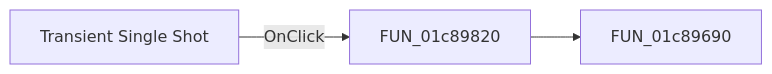
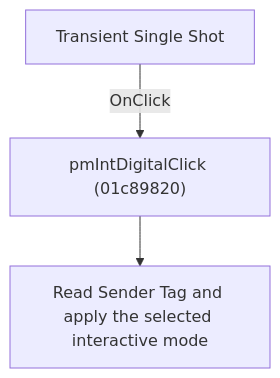
One commit to MovGP0/TIARA changed the diagram in docs/ui-controls/schematiceditor/mninttransientsingleshot-100144194c.md. Above: the diagram before and after it, drawn with Mermaid. The commit also changed other lines of this file and 1062 other files, not shown here.

````diff
--- a/docs/ui-controls/schematiceditor/mninttransientsingleshot-100144194c.md
+++ b/docs/ui-controls/schematiceditor/mninttransientsingleshot-100144194c.md
@@ -27,5 +27,5 @@
 ```mermaid
-flowchart LR
-    control["Transient Single Shot"] -->|OnClick| handler["FUN_01c89820"]
-    handler --> call1["FUN_01c89690"]
+flowchart TD
+    control["Transient Single Shot"] -->|"OnClick"| handler["pmIntDigitalClick (01c89820)"]
+    handler --> action["Read Sender Tag and apply the selected interactive mode"]
 ```
````
